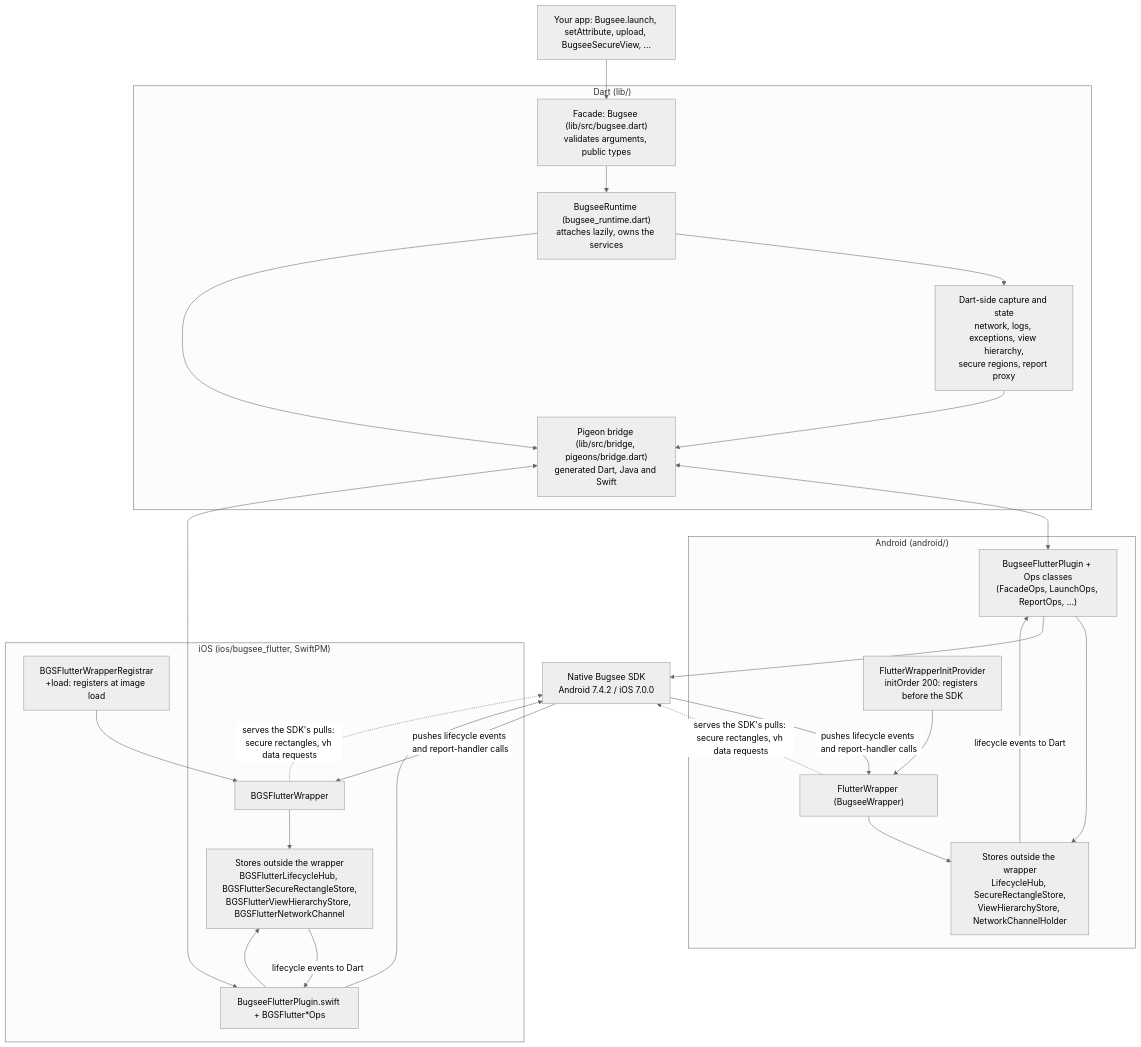
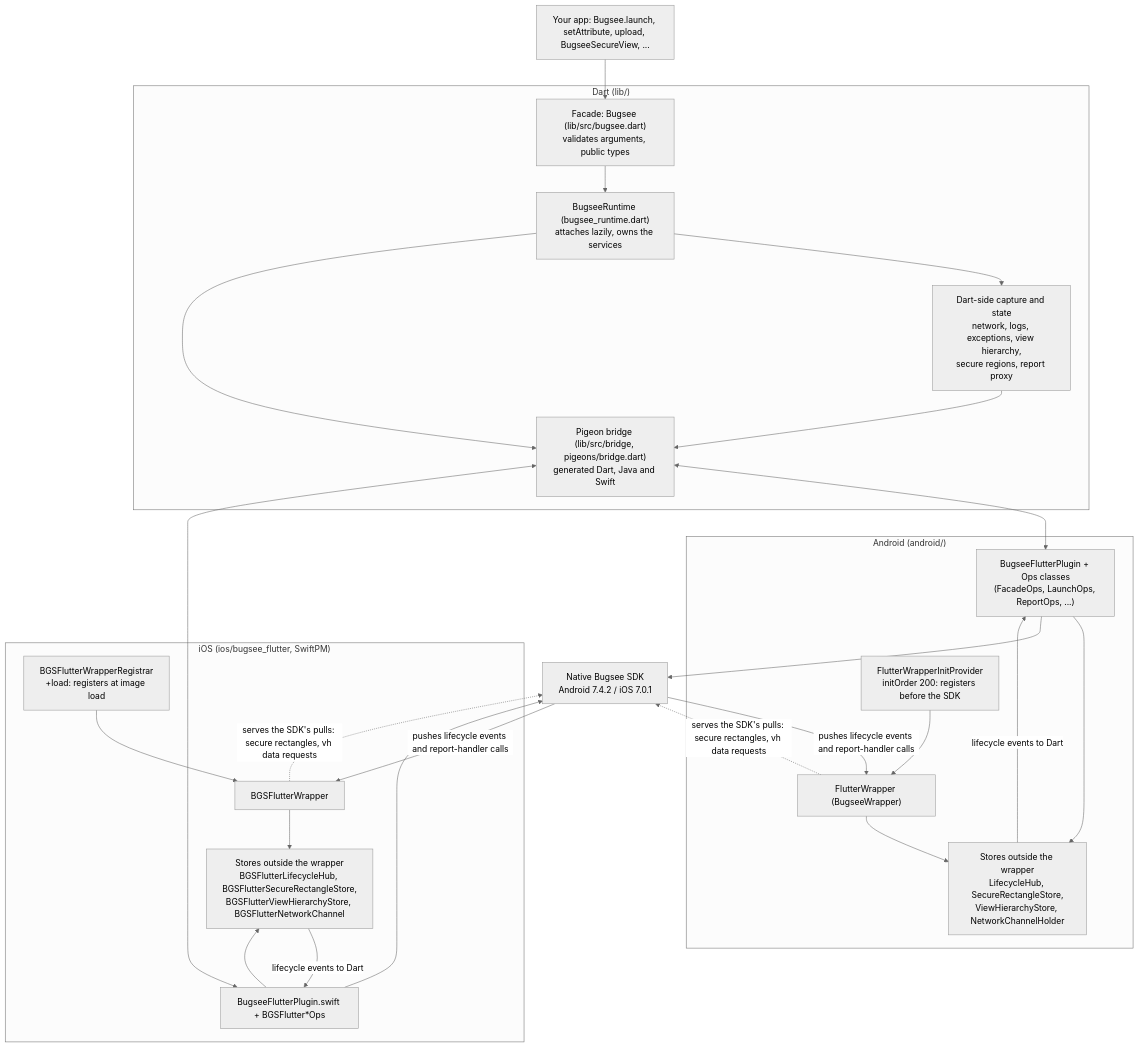
The diagram in doc/architecture.md (bugsee/bugsee-flutter), drawn with Mermaid (neutral theme) before and after one commit. The commit also changed 18 other files, not shown here.

````diff
--- a/doc/architecture.md
+++ b/doc/architecture.md
@@ -8,48 +8,48 @@
 ```mermaid
 flowchart TB
   app["Your app: Bugsee.launch, setAttribute, upload, BugseeSecureView, ..."]
 
   subgraph dart["Dart (lib/)"]
     facade["Facade: Bugsee (lib/src/bugsee.dart)<br/>validates arguments, public types"]
     runtime["BugseeRuntime (bugsee_runtime.dart)<br/>attaches lazily, owns the services"]
     services["Dart-side capture and state<br/>network, logs, exceptions, view hierarchy,<br/>secure regions, report proxy"]
     bridge["Pigeon bridge (lib/src/bridge, pigeons/bridge.dart)<br/>generated Dart, Java and Swift"]
     facade --> runtime --> services
     runtime --> bridge
     services --> bridge
   end
 
   subgraph android["Android (android/)"]
     aprov["FlutterWrapperInitProvider<br/>initOrder 200: registers before the SDK"]
     aplug["BugseeFlutterPlugin + Ops classes<br/>(FacadeOps, LaunchOps, ReportOps, ...)"]
     awrap["FlutterWrapper (BugseeWrapper)"]
     astores["Stores outside the wrapper<br/>LifecycleHub, SecureRectangleStore,<br/>ViewHierarchyStore, NetworkChannelHolder"]
     aprov --> awrap
     aplug --> astores
     awrap --> astores
   end
 
   subgraph ios["iOS (ios/bugsee_flutter, SwiftPM)"]
     ireg["BGSFlutterWrapperRegistrar<br/>+load: registers at image load"]
     iplug["BugseeFlutterPlugin.swift + BGSFlutter*Ops"]
     iwrap["BGSFlutterWrapper"]
     istores["Stores outside the wrapper<br/>BGSFlutterLifecycleHub, BGSFlutterSecureRectangleStore,<br/>BGSFlutterViewHierarchyStore, BGSFlutterNetworkChannel"]
     ireg --> iwrap
     iplug --> istores
     iwrap --> istores
   end
 
-  sdk["Native Bugsee SDK<br/>Android 7.4.2 / iOS 7.0.0"]
+  sdk["Native Bugsee SDK<br/>Android 7.4.2 / iOS 7.0.1"]
 
   app --> facade
   bridge <--> aplug
   bridge <--> iplug
   aplug --> sdk
   iplug --> sdk
   sdk -->|"pushes lifecycle events and report-handler calls"| awrap
   sdk -->|"pushes lifecycle events and report-handler calls"| iwrap
   awrap -.->|"serves the SDK's pulls: secure rectangles, vh data requests"| sdk
   iwrap -.->|"serves the SDK's pulls: secure rectangles, vh data requests"| sdk
   astores -->|"lifecycle events to Dart"| aplug
   istores -->|"lifecycle events to Dart"| iplug
 ```
````
